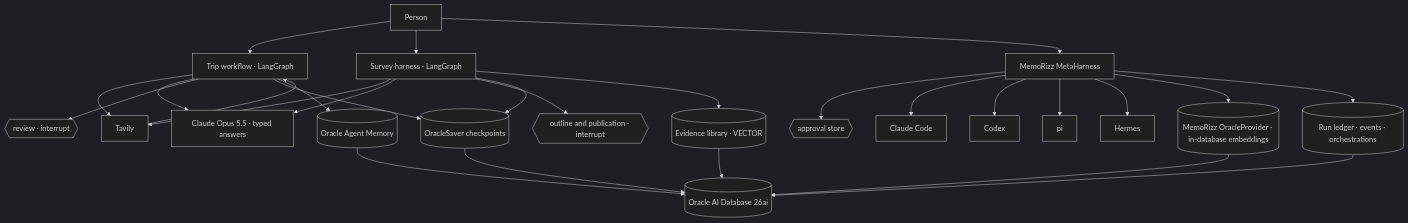
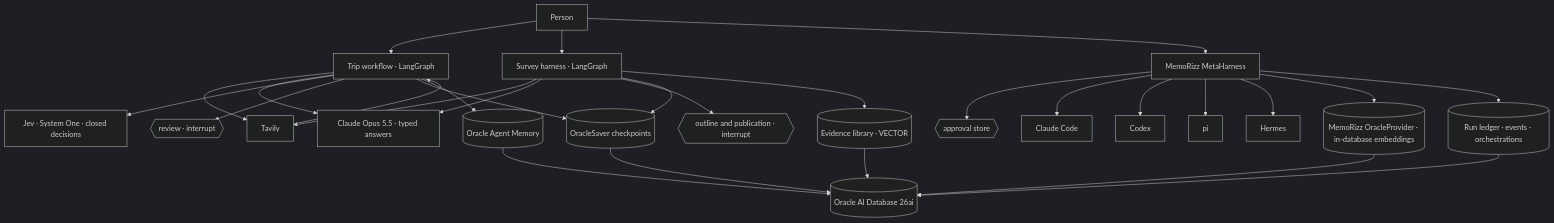
The diagram in part_2/advanced/README.md (Cloud-Authority/agent_harness_course), drawn with Mermaid (dark theme) before and after one commit. The commit also changed other lines of this file and 26 other files, not shown here.

First line of the commit message:
Trip workflow: System One (Jev) decides at four points

````diff
--- a/part_2/advanced/README.md
+++ b/part_2/advanced/README.md
@@ -15,21 +15,22 @@
 ```mermaid
 flowchart TB
   P[Person] --> W[Trip workflow · LangGraph]
   P --> R[Survey harness · LangGraph]
   P --> M[MemoRizz MetaHarness]
   W --> T[Tavily] --> W
   R --> T
   W --> C[Claude Opus 5.5 · typed answers]
+  W --> J[Jev · System One · closed decisions]
   R --> C
   W --> G1{{review · interrupt}}
   R --> G2{{outline and publication · interrupt}}
   M --> G3{{approval store}}
   M --> H1[Claude Code] & H2[Codex] & H3[pi] & H4[Hermes]
   W --> S[(OracleSaver checkpoints)]
   R --> S
   W --> OAM[(Oracle Agent Memory)]
   R --> L[(Evidence library · VECTOR)]
   M --> MP[(MemoRizz OracleProvider · in-database embeddings)]
   M --> RS[(Run ledger · events · orchestrations)]
   S & OAM & L & MP & RS --> O[(Oracle AI Database 26ai)]
 ```
````
